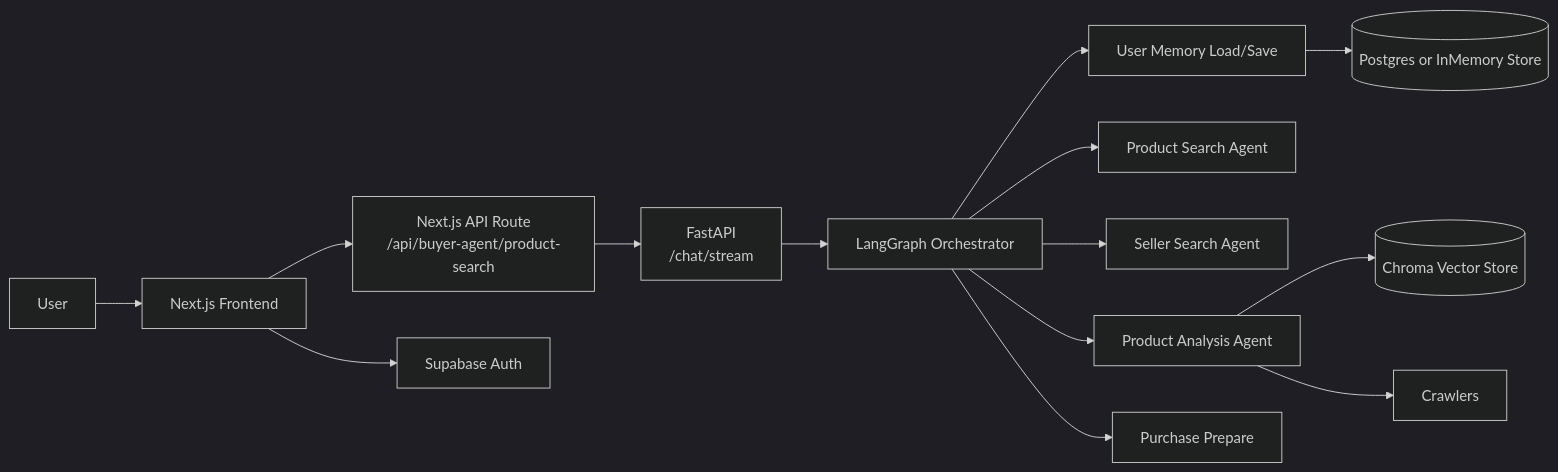
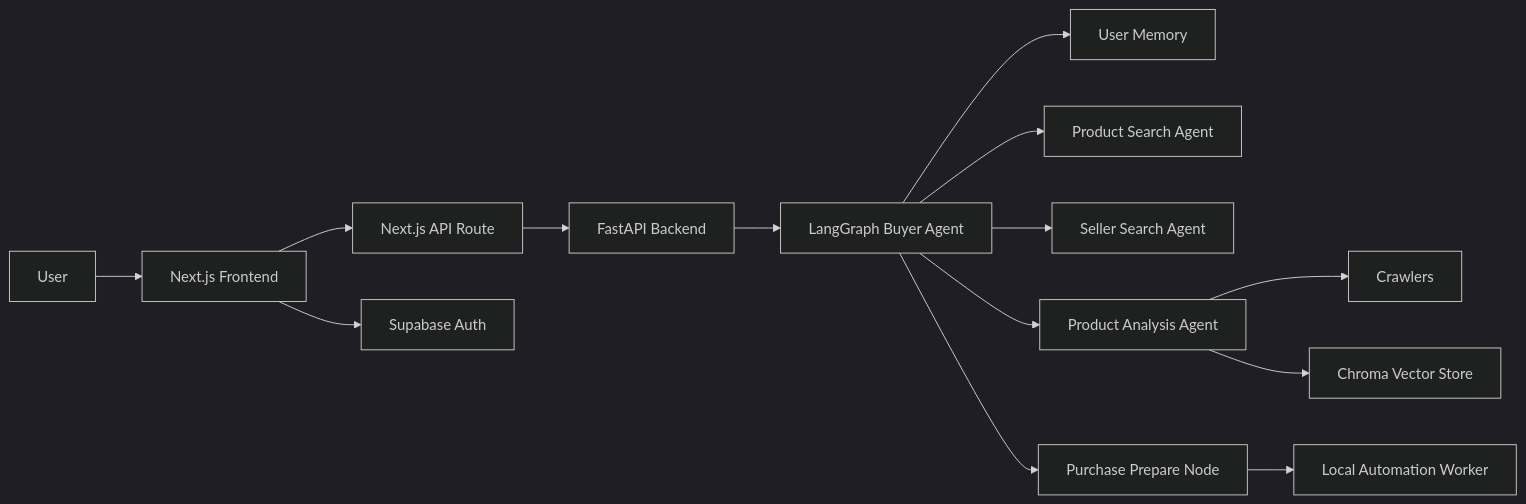
The first of 3 diagrams in README.md (DataChuLee/buyer-agent-web), drawn with Mermaid (dark theme) before and after one commit. The commit also changed other lines of this file, not shown here.

````diff
--- a/README.md
+++ b/README.md
@@ -95,18 +102,18 @@
 ```mermaid
 flowchart LR
     U[User] --> FE[Next.js Frontend]
-    FE --> API[Next.js API Route<br/>/api/buyer-agent/product-search]
-    API --> BE[FastAPI<br/>/chat/stream]
-    BE --> LG[LangGraph Orchestrator]
+    FE --> API[Next.js API Route]
+    API --> BE[FastAPI Backend]
+    BE --> LG[LangGraph Buyer Agent]
 
-    LG --> MEM[User Memory Load/Save]
+    LG --> MEM[User Memory]
     LG --> PS[Product Search Agent]
     LG --> SS[Seller Search Agent]
     LG --> PA[Product Analysis Agent]
-    LG --> PP[Purchase Prepare]
+    LG --> PP[Purchase Prepare Node]
 
-    MEM --> DB[(Postgres or InMemory Store)]
+    PA --> CR[Crawlers]
+    PA --> VS[Chroma Vector Store]
+    PP --> AW[Local Automation Worker]
     FE --> SB[Supabase Auth]
-    PA --> VS[(Chroma Vector Store)]
-    PA --> CR[Crawlers]
 ```
````
